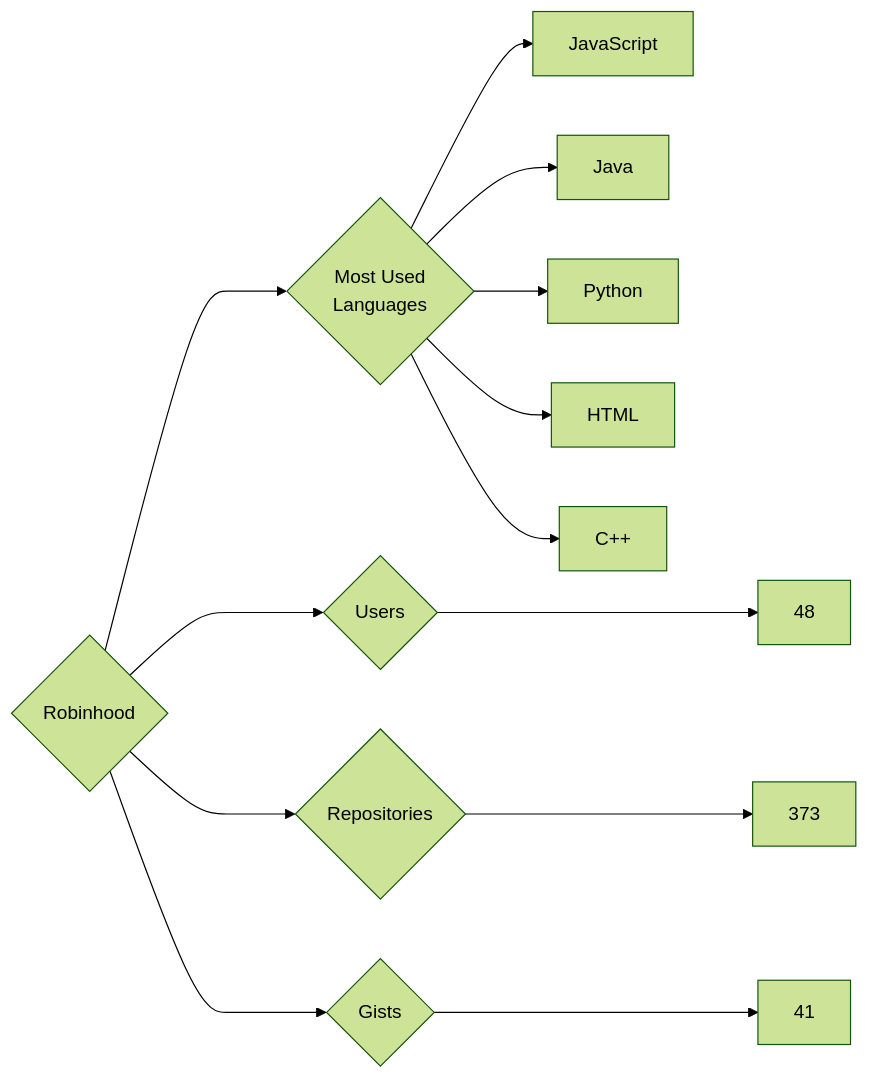
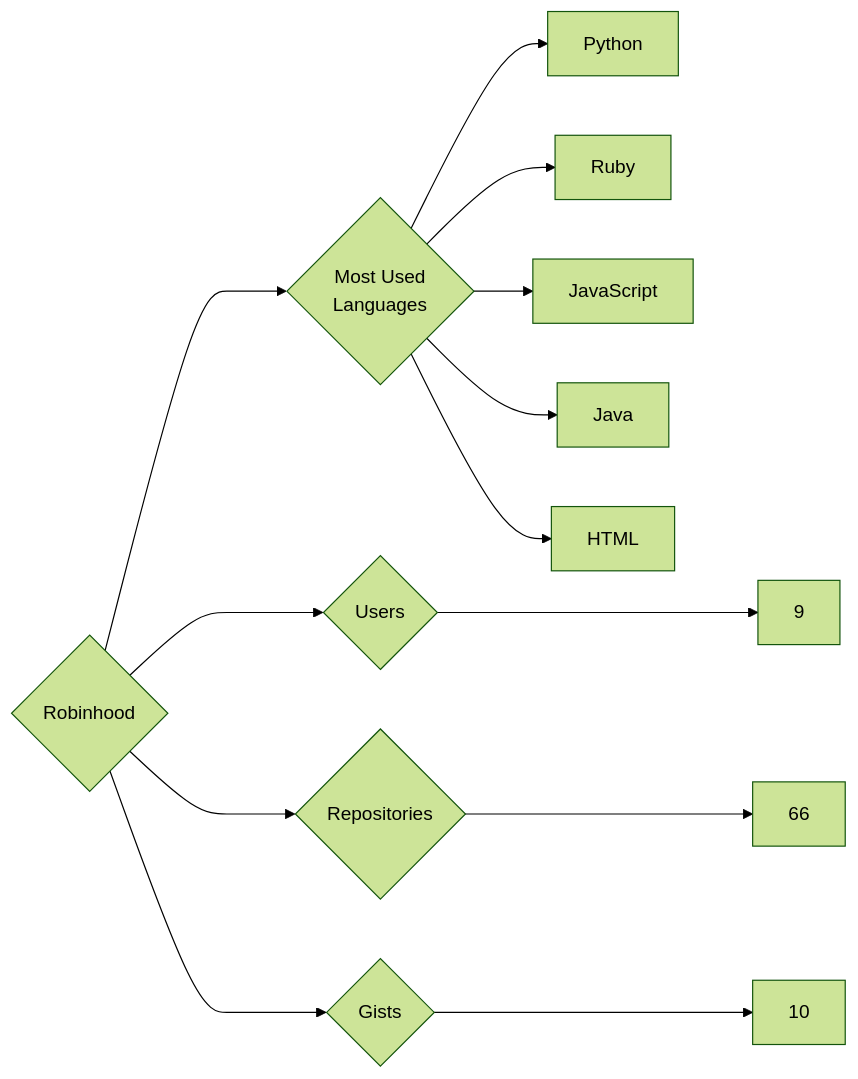
One commit to trickest/insiders changed the diagram in targets/Robinhood/README.md. Above: the diagram before and after it, drawn with Mermaid (forest theme). The commit also changed 953 other files, not shown here.

````diff
--- a/targets/Robinhood/README.md
+++ b/targets/Robinhood/README.md
@@ -3,13 +3,13 @@
 ```mermaid
 graph LR
 COMPANY_NAME{Robinhood}
-COMPANY_NAME ---> U{Users} ---> UN[48]
-COMPANY_NAME ---> R{Repositories} ---> RN[373]
-COMPANY_NAME ---> G{Gists} ---> GN[41]
+COMPANY_NAME ---> U{Users} ---> UN[9]
+COMPANY_NAME ---> R{Repositories} ---> RN[66]
+COMPANY_NAME ---> G{Gists} ---> GN[10]
 COMPANY_NAME ---> ML{Most Used<br>Languages}
+ML --> Python[Python]
+ML --> Ruby[Ruby]
 ML --> JavaScript[JavaScript]
 ML --> Java[Java]
-ML --> Python[Python]
 ML --> HTML[HTML]
-ML --> C++[C++]
 ```
````
